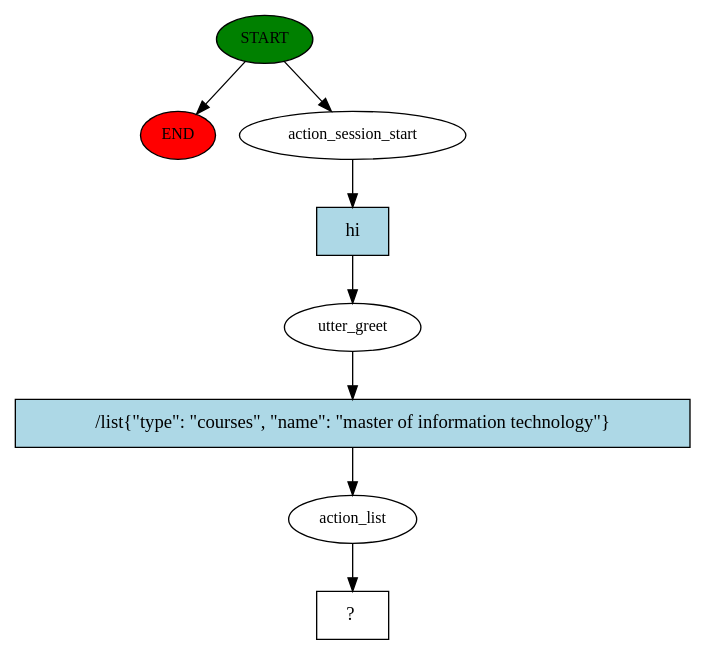
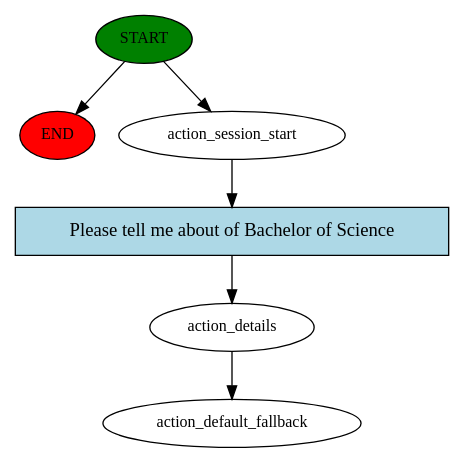
Before and after one commit to wei-research/UTSChatbot: the diagram in story_graph.dot, drawn with Graphviz. The commit also changed 7 other files, not shown here.

Commit message:
[CC] Action_Details and Action_Duration for courses

```diff
--- a/story_graph.dot
+++ b/story_graph.dot
@@ -1,17 +1,13 @@
 digraph  {
 0 [class="start active", fillcolor=green, fontsize=12, label=START, style=filled];
 "-1" [class=end, fillcolor=red, fontsize=12, label=END, style=filled];
 1 [class=active, fontsize=12, label=action_session_start];
-2 [class=active, fontsize=12, label=utter_greet];
-3 [class=active, fontsize=12, label=action_list];
-4 [class="intent dashed active", label="  ?  ", shape=rect];
-5 [class="intent active", fillcolor=lightblue, label=hi, shape=rect, style=filled];
-6 [class="intent active", fillcolor=lightblue, label="/list{\"type\": \"courses\", \"name\": \"master of information technology\"}", shape=rect, style=filled];
+2 [class=active, fontsize=12, label=action_details];
+3 [class="dashed active", fontsize=12, label=action_default_fallback];
+4 [class="intent active", fillcolor=lightblue, label="Please tell me about of Bachelor of Science", shape=rect, style=filled];
 0 -> "-1"  [class="", key=NONE, label=""];
 0 -> 1  [class=active, key=NONE, label=""];
-1 -> 5  [class=active, key=0];
-2 -> 6  [class=active, key=0];
-3 -> 4  [class=active, key=NONE, label=""];
-5 -> 2  [class=active, key=0];
-6 -> 3  [class=active, key=0];
+1 -> 4  [class=active, key=0];
+2 -> 3  [class=active, key=NONE, label=""];
+4 -> 2  [class=active, key=0];
 }
```
